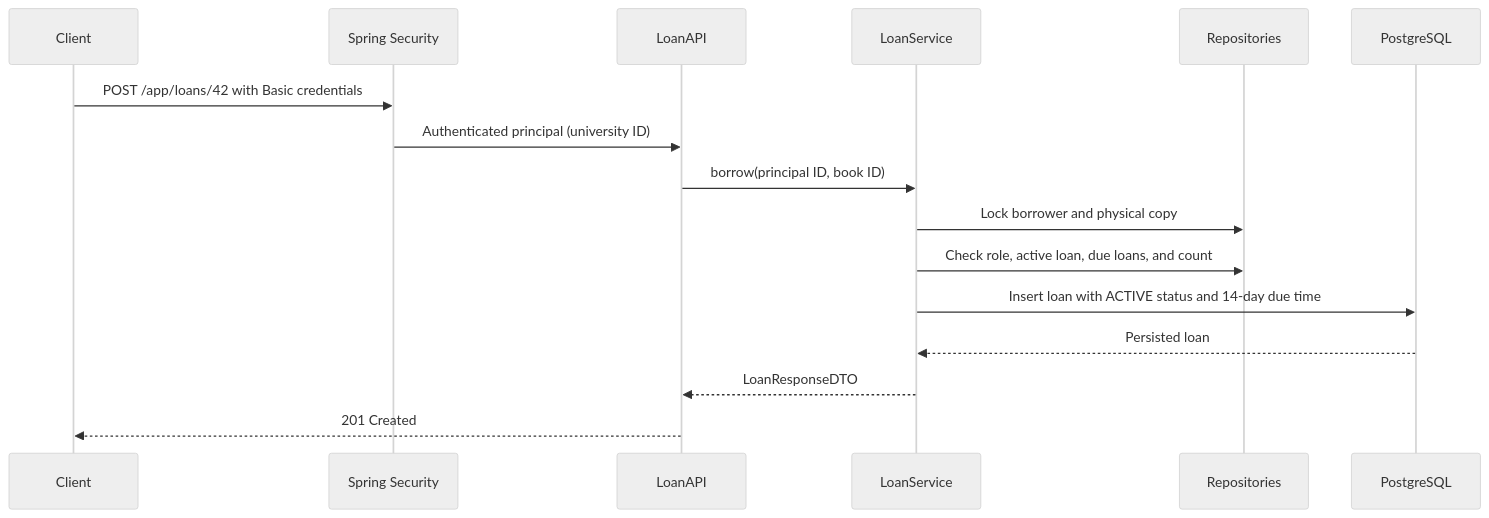
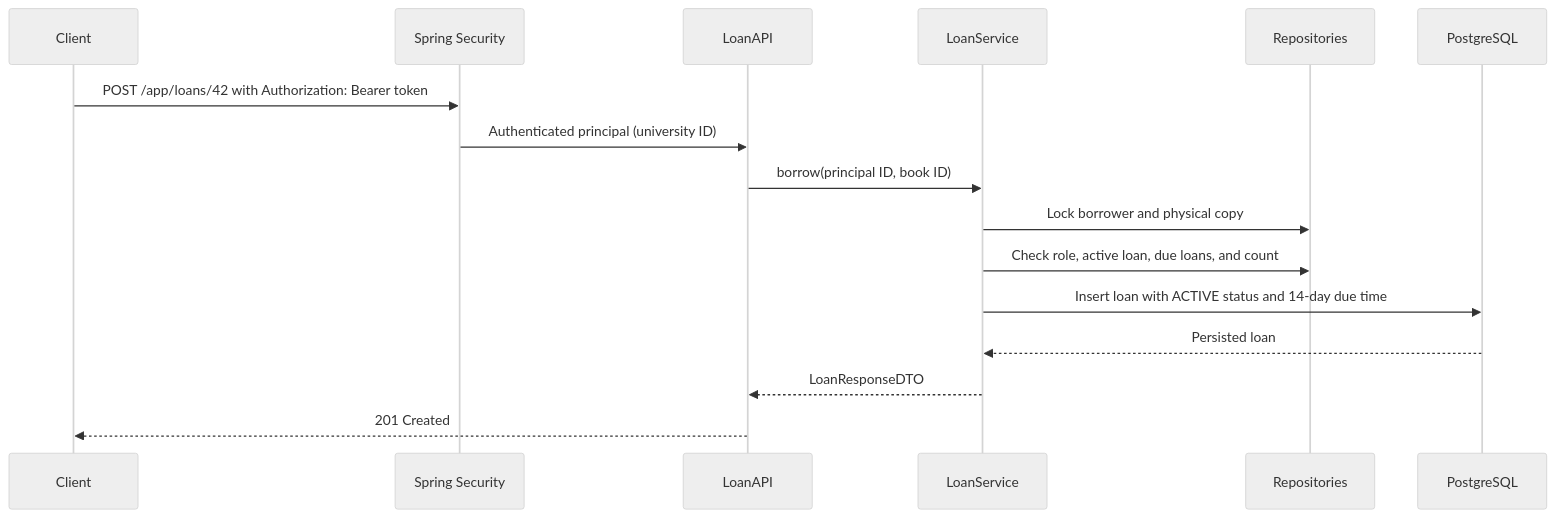
Before and after one commit to kyledelfin2006/libro-library-system: the third of 3 diagrams in docs/loan.md, drawn with Mermaid (neutral theme). The commit also changed other lines of this file and 33 other files, not shown here.

````diff
--- a/docs/loan.md
+++ b/docs/loan.md
@@ -76,19 +76,19 @@
 ```mermaid
 sequenceDiagram
     participant Client
     participant Security as Spring Security
     participant API as LoanAPI
     participant Service as LoanService
     participant Repos as Repositories
     participant DB as PostgreSQL
 
-    Client->>Security: POST /app/loans/42 with Basic credentials
+    Client->>Security: POST /app/loans/42 with Authorization: Bearer token
     Security->>API: Authenticated principal (university ID)
     API->>Service: borrow(principal ID, book ID)
     Service->>Repos: Lock borrower and physical copy
     Service->>Repos: Check role, active loan, due loans, and count
     Service->>DB: Insert loan with ACTIVE status and 14-day due time
     DB-->>Service: Persisted loan
     Service-->>API: LoanResponseDTO
     API-->>Client: 201 Created
 ```
````
